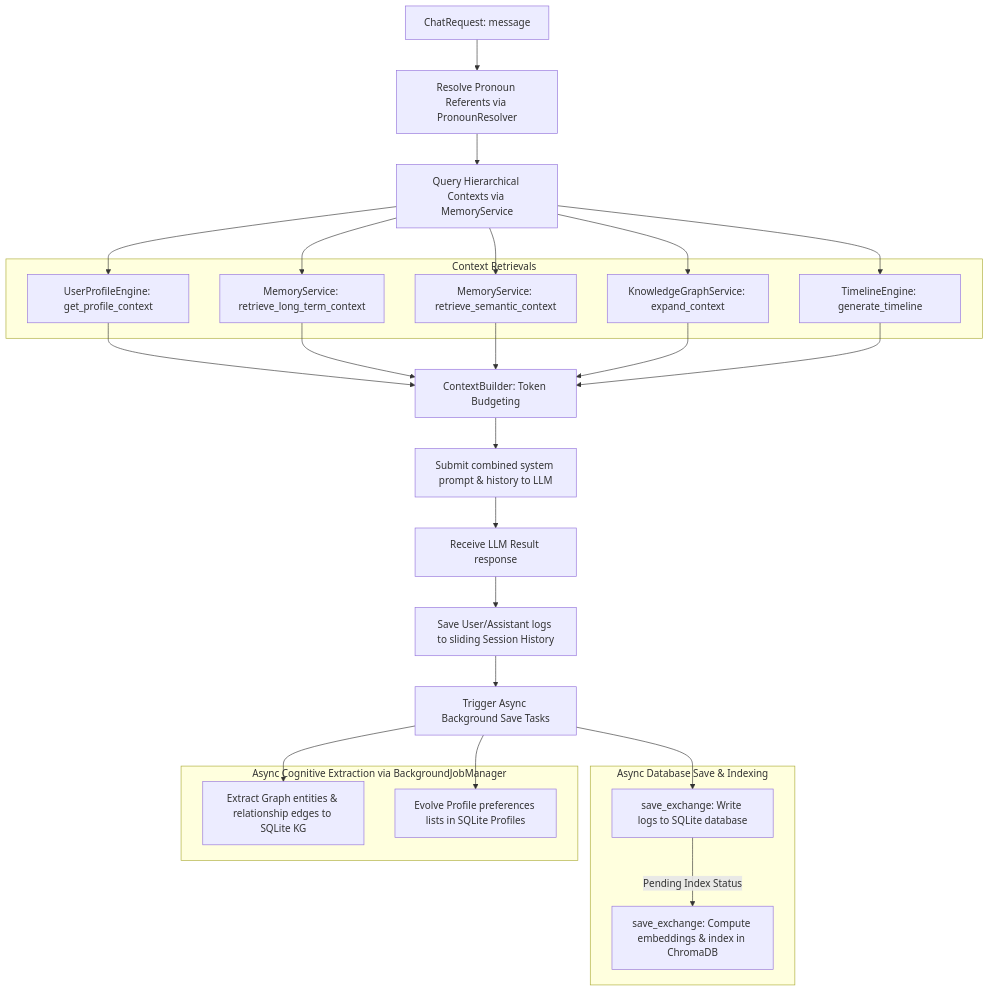
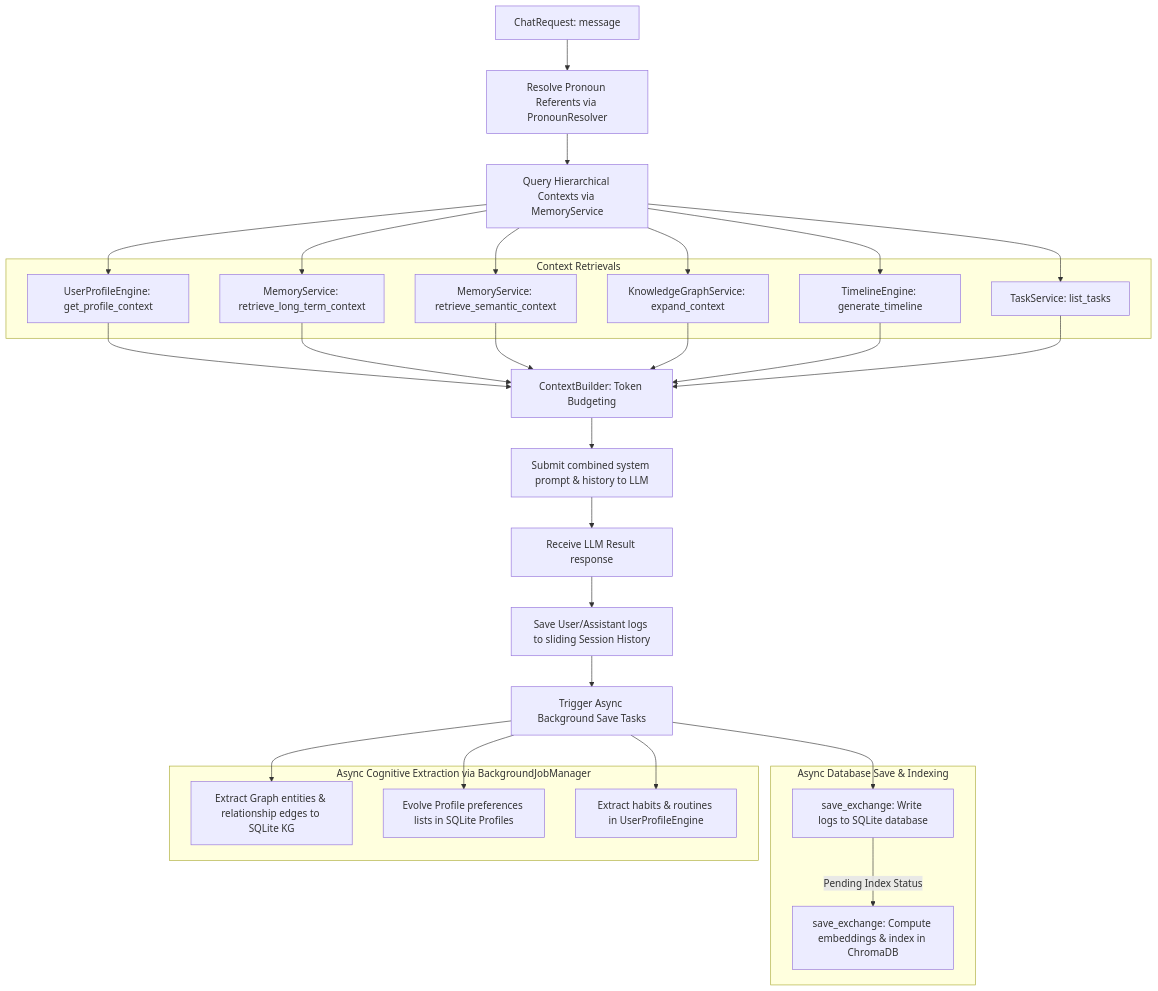
The diagram in docs/diagrams/memory_flow.md (JAN-VIKASH/JARVIS), drawn with Mermaid before and after one commit. The commit also changed other lines of this file and 38 other files, not shown here.

Commit message:
feat: implement phase 5.3 user preferences habits and tasks

````diff
--- a/docs/diagrams/memory_flow.md
+++ b/docs/diagrams/memory_flow.md
@@ -10,41 +10,45 @@
 ```mermaid
 graph TD
     A[ChatRequest: message] --> B[Resolve Pronoun Referents via PronounResolver]
     B --> C[Query Hierarchical Contexts via MemoryService]
     
     subgraph Context Retrievals
         C1[UserProfileEngine: get_profile_context]
         C2[MemoryService: retrieve_long_term_context]
         C3[MemoryService: retrieve_semantic_context]
         C4[KnowledgeGraphService: expand_context]
         C5[TimelineEngine: generate_timeline]
+        C6[TaskService: list_tasks]
     end
     
     C --> C1
     C --> C2
     C --> C3
     C --> C4
     C --> C5
+    C --> C6
     
-    C1 & C2 & C3 & C4 & C5 --> D[ContextBuilder: Token Budgeting]
+    C1 & C2 & C3 & C4 & C5 & C6 --> D[ContextBuilder: Token Budgeting]
     D --> E[Submit combined system prompt & history to LLM]
     E --> F[Receive LLM Result response]
     
     F --> G[Save User/Assistant logs to sliding Session History]
     G --> H[Trigger Async Background Save Tasks]
     
     subgraph Async Database Save & Indexing
         H1[save_exchange: Write logs to SQLite database]
         H2[save_exchange: Compute embeddings & index in ChromaDB]
     end
     
     subgraph Async Cognitive Extraction via BackgroundJobManager
         H3[Extract Graph entities & relationship edges to SQLite KG]
         H4[Evolve Profile preferences lists in SQLite Profiles]
+        H5[Extract habits & routines in UserProfileEngine]
     end
     
     H --> H1
     H1 -->|Pending Index Status| H2
     H --> H3
     H --> H4
+    H --> H5
 ```
````
